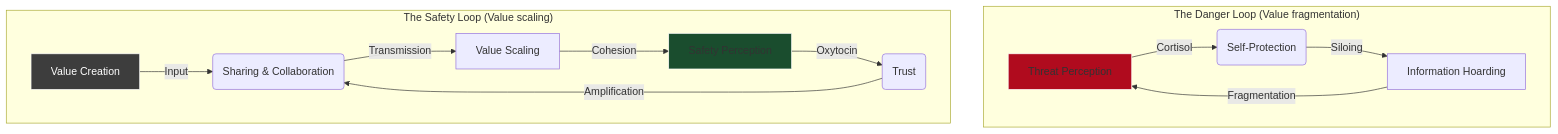
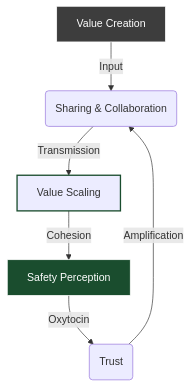
Before and after one commit to Shelbournator/thoughts: the second of 2 diagrams in _posts/2026-01-07-the-architecture-of-trust.md, drawn with Mermaid. The commit also changed other lines of this file, not shown here.

````diff
--- a/_posts/2026-01-07-the-architecture-of-trust.md
+++ b/_posts/2026-01-07-the-architecture-of-trust.md
@@ -20,20 +37,12 @@
 ```mermaid
 graph TD
-    subgraph "The Danger Loop (Value fragmentation)"
-    A[Threat Perception] -->|Cortisol| B(Self-Protection)
-    B -->|Siloing| C[Information Hoarding]
-    C -->|Fragmentation| A
-    end
-
-    subgraph "The Safety Loop (Value scaling)"
     V[Value Creation] -->|Input| S(Sharing & Collaboration)
     X[Safety Perception] -->|Oxytocin| Y(Trust)
     Y -->|Amplification| S
     S -->|Transmission| Z[Value Scaling]
     Z -->|Cohesion| X
-    end
 
-    style A fill:#b00b1e,stroke:#fff
-    style X fill:#1a4d2e,stroke:#fff
+    style X fill:#1a4d2e,stroke:#fff,color:#fff
     style V fill:#3d3d3d,stroke:#fff,color:#fff
+    style Z stroke:#1a4d2e,stroke-width:2px
 ```
````
